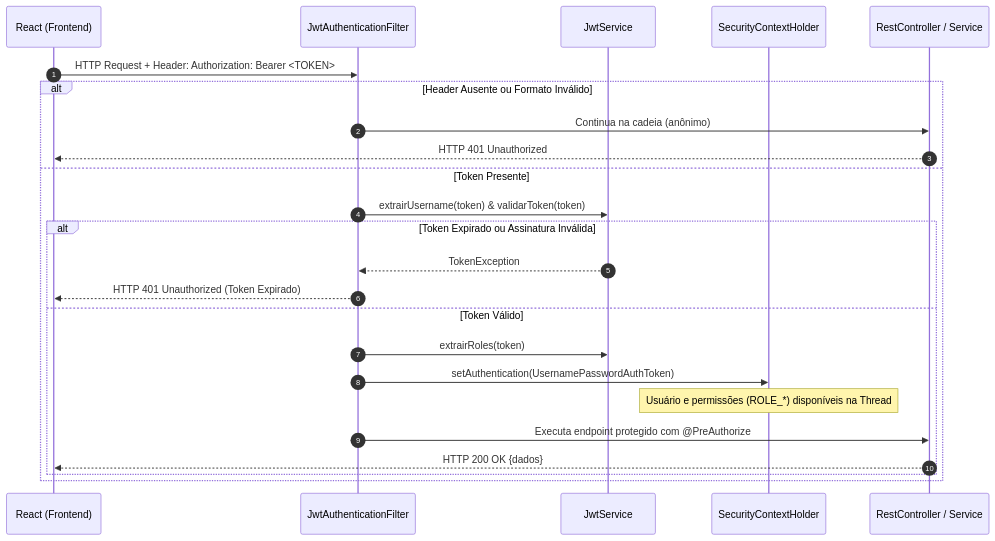
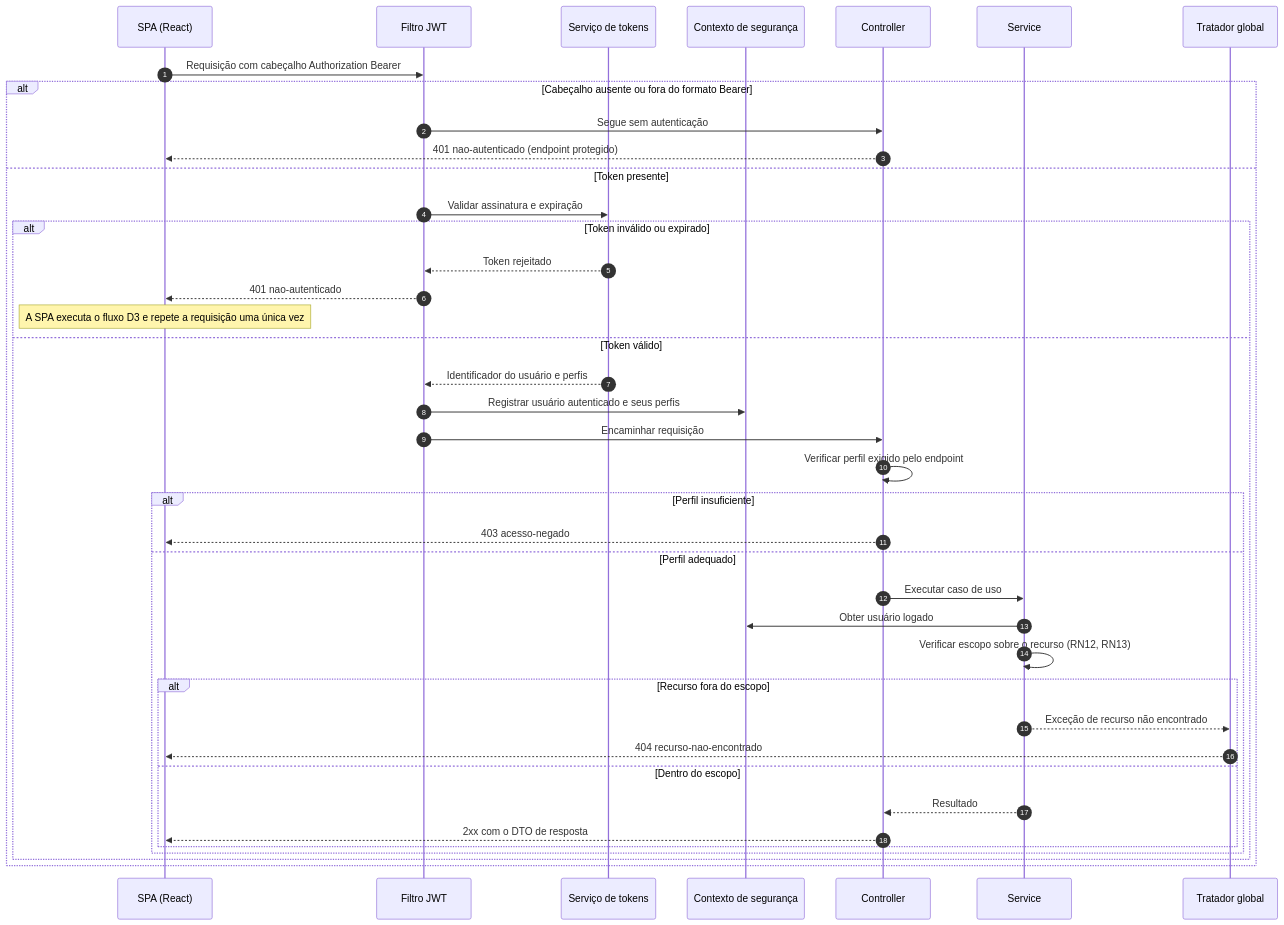
One commit to mateusnriy/xsolution changed the second of 12 diagrams in docs/diagramas_sequencia_web.md. Above: the diagram before and after it, drawn with Mermaid. The commit also changed other lines of this file and 3 other files, not shown here.

````diff
--- a/docs/diagramas_sequencia_web.md
+++ b/docs/diagramas_sequencia_web.md
@@ -63,28 +114,43 @@
 ```mermaid
 sequenceDiagram
     autonumber
-    participant React as React (Frontend)
-    participant JwtFilter as JwtAuthenticationFilter
-    participant JwtSvc as JwtService
-    participant SecContext as SecurityContextHolder
-    participant Endpoint as RestController / Service
+    participant SPA as SPA (React)
+    participant F as Filtro JWT
+    participant TS as Serviço de tokens
+    participant CTX as Contexto de segurança
+    participant C as Controller
+    participant S as Service
+    participant H as Tratador global
 
-    React->>JwtFilter: HTTP Request + Header: Authorization: Bearer <TOKEN>
-    
-    alt Header Ausente ou Formato Inválido
-        JwtFilter->>Endpoint: Continua na cadeia (anônimo)
-        Endpoint-->>React: HTTP 401 Unauthorized
-    else Token Presente
-        JwtFilter->>JwtSvc: extrairUsername(token) & validarToken(token)
-        alt Token Expirado ou Assinatura Inválida
-            JwtSvc-->>JwtFilter: TokenException
-            JwtFilter-->>React: HTTP 401 Unauthorized (Token Expirado)
-        else Token Válido
-            JwtFilter->>JwtSvc: extrairRoles(token)
-            JwtFilter->>SecContext: setAuthentication(UsernamePasswordAuthToken)
-            Note over SecContext: Usuário e permissões (ROLE_*) disponíveis na Thread
-            JwtFilter->>Endpoint: Executa endpoint protegido com @PreAuthorize
-            Endpoint-->>React: HTTP 200 OK {dados}
+    SPA->>F: Requisição com cabeçalho Authorization Bearer
+    alt Cabeçalho ausente ou fora do formato Bearer
+        F->>C: Segue sem autenticação
+        C-->>SPA: 401 nao-autenticado (endpoint protegido)
+    else Token presente
+        F->>TS: Validar assinatura e expiração
+        alt Token inválido ou expirado
+            TS-->>F: Token rejeitado
+            F-->>SPA: 401 nao-autenticado
+            Note over SPA: A SPA executa o fluxo D3 e repete a requisição uma única vez
+        else Token válido
+            TS-->>F: Identificador do usuário e perfis
+            F->>CTX: Registrar usuário autenticado e seus perfis
+            F->>C: Encaminhar requisição
+            C->>C: Verificar perfil exigido pelo endpoint
+            alt Perfil insuficiente
+                C-->>SPA: 403 acesso-negado
+            else Perfil adequado
+                C->>S: Executar caso de uso
+                S->>CTX: Obter usuário logado
+                S->>S: Verificar escopo sobre o recurso (RN12, RN13)
+                alt Recurso fora do escopo
+                    S-->>H: Exceção de recurso não encontrado
+                    H-->>SPA: 404 recurso-nao-encontrado
+                else Dentro do escopo
+                    S-->>C: Resultado
+                    C-->>SPA: 2xx com o DTO de resposta
+                end
+            end
         end
     end
 ```
````
